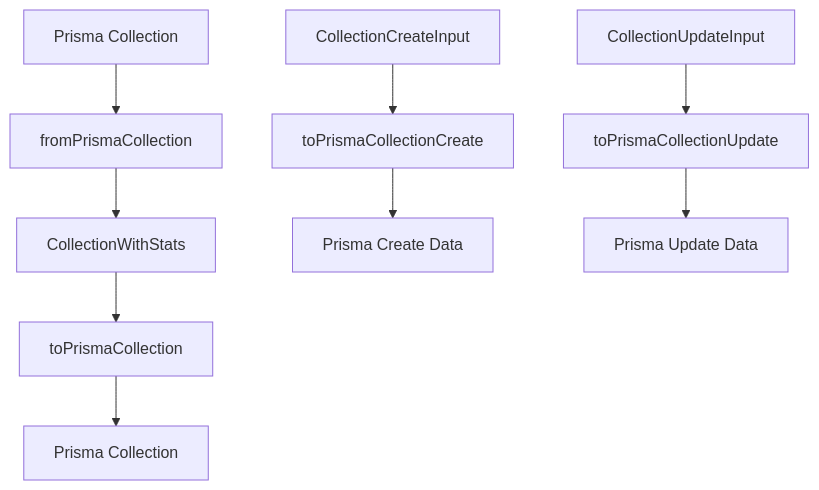
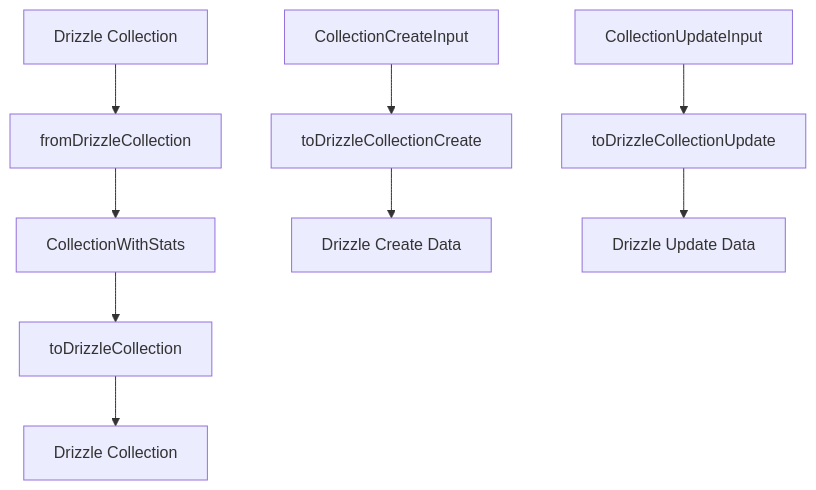
One commit to gvastethecreator/media-manager changed the second of 2 diagrams in src/transformers/collection/README.md. Above: the diagram before and after it, drawn with Mermaid. The commit also changed other lines of this file and 81 other files, not shown here.

````diff
--- a/src/transformers/collection/README.md
+++ b/src/transformers/collection/README.md
@@ -210,13 +210,13 @@
 ```mermaid
 graph TD
-    A[Prisma Collection] --> B[fromPrismaCollection]
+    A[Drizzle Collection] --> B[fromDrizzleCollection]
     B --> C[CollectionWithStats]
-    C --> D[toPrismaCollection]
-    D --> E[Prisma Collection]
+    C --> D[toDrizzleCollection]
+    D --> E[Drizzle Collection]
 
-    F[CollectionCreateInput] --> G[toPrismaCollectionCreate]
-    G --> H[Prisma Create Data]
+    F[CollectionCreateInput] --> G[toDrizzleCollectionCreate]
+    G --> H[Drizzle Create Data]
 
-    I[CollectionUpdateInput] --> J[toPrismaCollectionUpdate]
-    J --> K[Prisma Update Data]
+    I[CollectionUpdateInput] --> J[toDrizzleCollectionUpdate]
+    J --> K[Drizzle Update Data]
 ```
````
